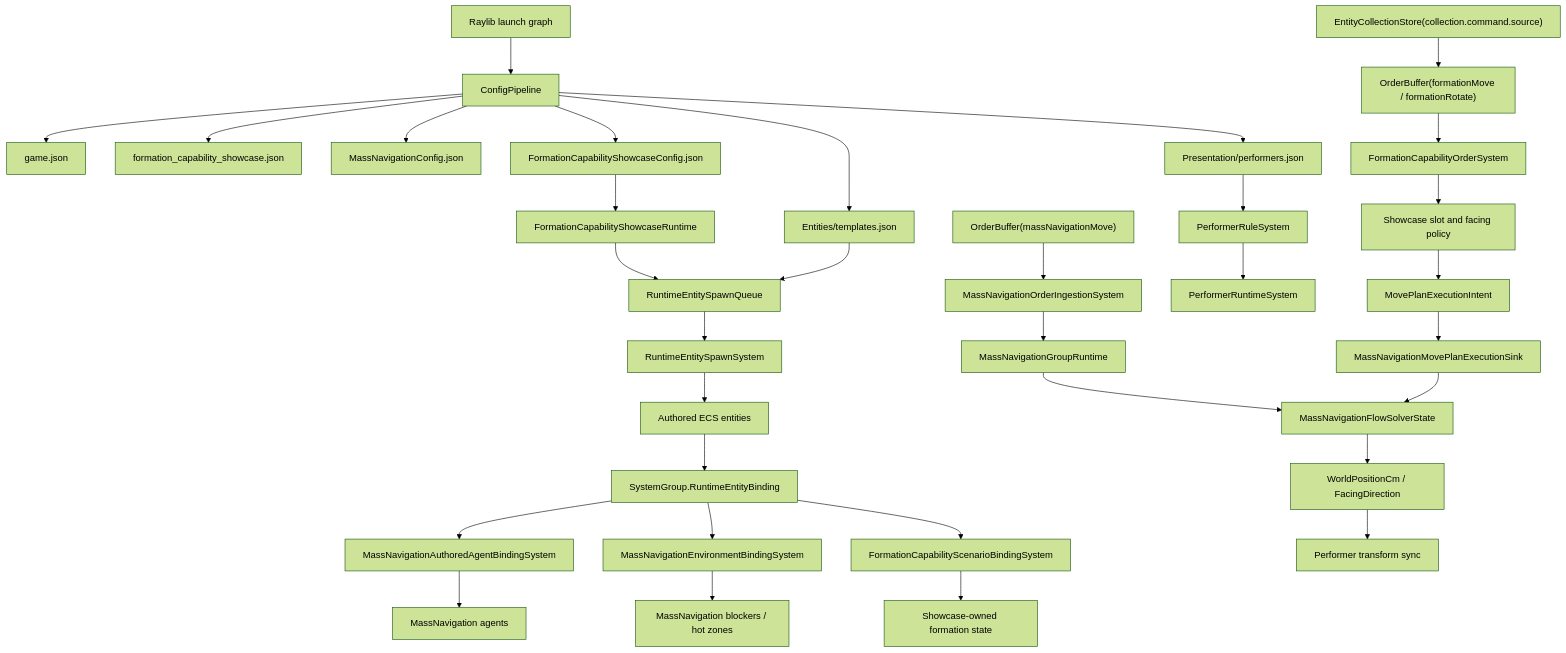
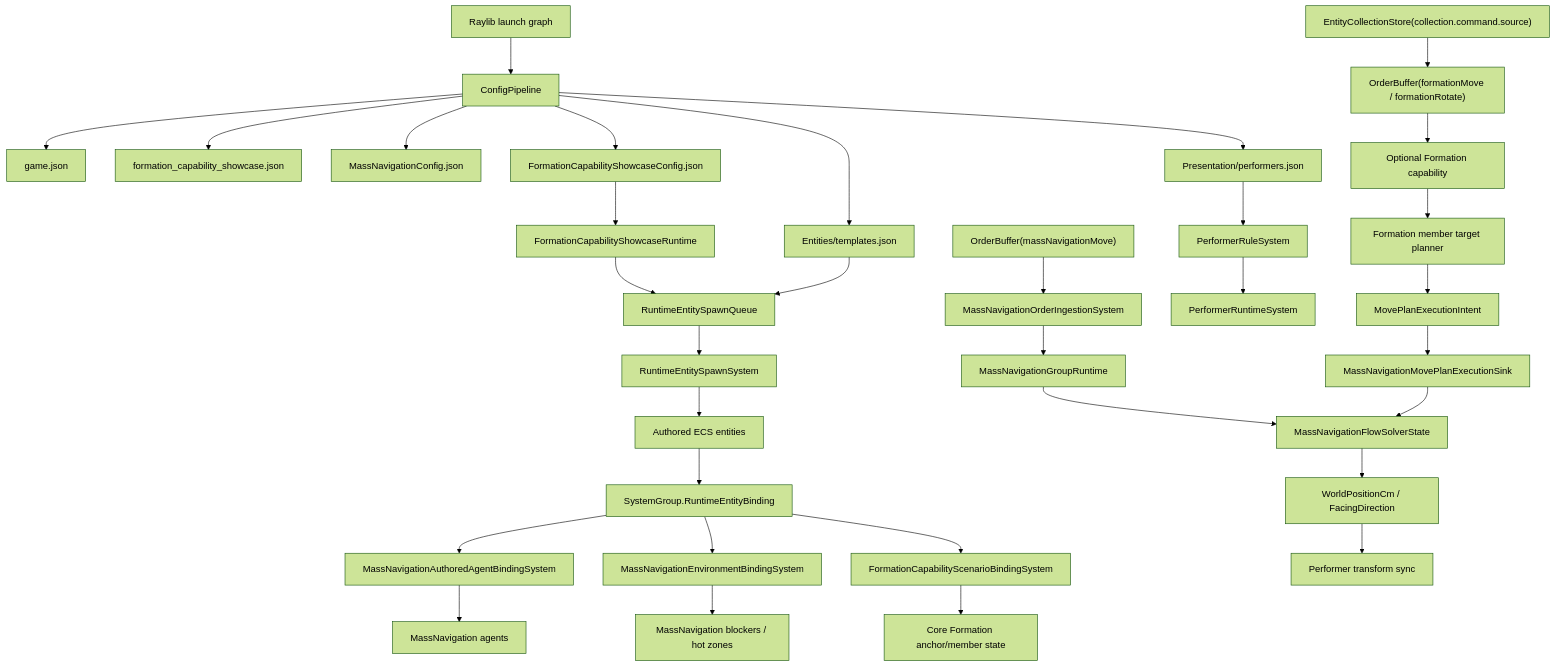
Before and after one commit to MightyBubble/Ludots: the first of 2 diagrams in gitbook/reference/mass-navigation-formal-chain.md, drawn with Mermaid (forest theme). The commit also changed other lines of this file and 46 other files, not shown here.

First line of the commit message:
fix(pr658): complete formation core capability closure

````diff
--- a/gitbook/reference/mass-navigation-formal-chain.md
+++ b/gitbook/reference/mass-navigation-formal-chain.md
@@ -25,39 +27,39 @@
 ```mermaid
 flowchart TD
     Launch["Raylib launch graph"] --> Config["ConfigPipeline"]
     Config --> GameJson["game.json"]
     Config --> Map["formation_capability_showcase.json"]
     Config --> NavConfig["MassNavigationConfig.json"]
     Config --> ShowcaseConfig["FormationCapabilityShowcaseConfig.json"]
     Config --> Templates["Entities/templates.json"]
     Config --> Performers["Presentation/performers.json"]
 
     ShowcaseConfig --> Runtime["FormationCapabilityShowcaseRuntime"]
     Templates --> SpawnQueue["RuntimeEntitySpawnQueue"]
     Runtime --> SpawnQueue
     SpawnQueue --> SpawnSystem["RuntimeEntitySpawnSystem"]
     SpawnSystem --> World["Authored ECS entities"]
     World --> BindingGroup["SystemGroup.RuntimeEntityBinding"]
     BindingGroup --> AgentBinding["MassNavigationAuthoredAgentBindingSystem"]
     BindingGroup --> EnvBinding["MassNavigationEnvironmentBindingSystem"]
     BindingGroup --> ShowcaseBinding["FormationCapabilityScenarioBindingSystem"]
 
     AgentBinding --> Agents["MassNavigation agents"]
     EnvBinding --> Obstacles["MassNavigation blockers / hot zones"]
-    ShowcaseBinding --> Formations["Showcase-owned formation state"]
+    ShowcaseBinding --> Formations["Core Formation anchor/member state"]
 
     GenericOrders["OrderBuffer(massNavigationMove)"] --> Ingestion["MassNavigationOrderIngestionSystem"]
     Ingestion --> Groups["MassNavigationGroupRuntime"]
     Groups --> Solver["MassNavigationFlowSolverState"]
 
     CommandSource["EntityCollectionStore(collection.command.source)"] --> FormationOrders["OrderBuffer(formationMove / formationRotate)"]
-    FormationOrders --> FormationOrderSystem["FormationCapabilityOrderSystem"]
-    FormationOrderSystem --> FormationTargets["Showcase slot and facing policy"]
+    FormationOrders --> FormationOrderSystem["Optional Formation capability"]
+    FormationOrderSystem --> FormationTargets["Formation member target planner"]
     FormationTargets --> Intent["MovePlanExecutionIntent"]
     Intent --> Sink["MassNavigationMovePlanExecutionSink"]
     Sink --> Solver
     Solver --> EcsState["WorldPositionCm / FacingDirection"]
     EcsState --> PerformerSync["Performer transform sync"]
     Performers --> PerformerRules["PerformerRuleSystem"]
     PerformerRules --> PerformerRuntime["PerformerRuntimeSystem"]
 ```
````
